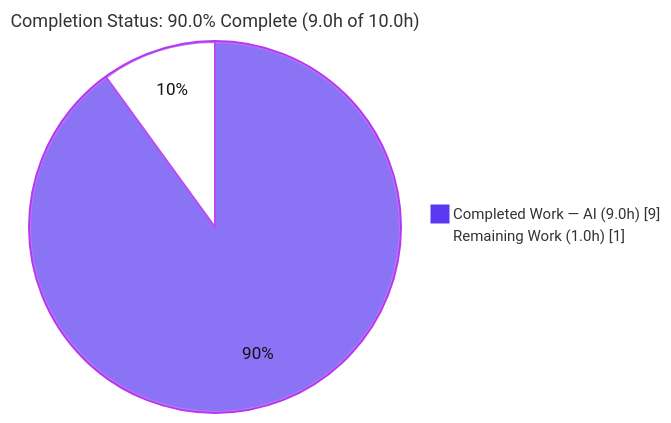
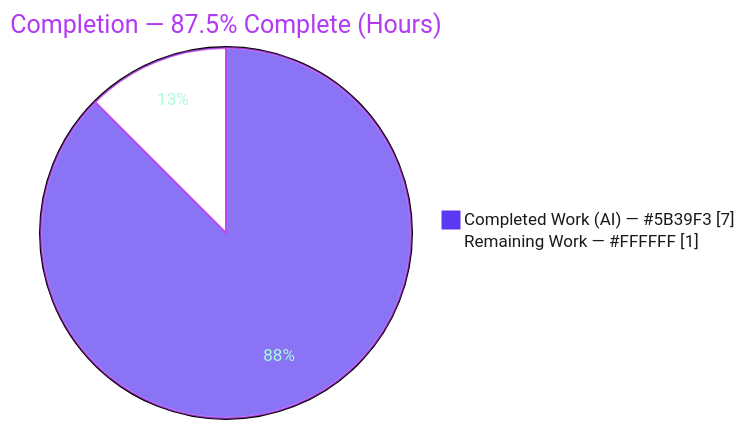
Before and after one commit to shaliniblitzy/13_feb_2_3: the first of 4 diagrams in blitzy/documentation/Project Guide.md, drawn with Mermaid. The commit also changed other lines of this file, not shown here.

Commit message:
Adding Blitzy Project Guide: Project Status and Human Tasks Remaining

````diff
--- a/blitzy/documentation/Project Guide.md
+++ b/blitzy/documentation/Project Guide.md
@@ -15,6 +17,6 @@
 ```mermaid
-%%{init: {'theme':'base', 'themeVariables': {'pie1':'#5B39F3','pie2':'#FFFFFF','pieStrokeColor':'#B23AF2','pieStrokeWidth':'2px','pieOuterStrokeWidth':'2px','pieOuterStrokeColor':'#B23AF2','pieSectionTextColor':'#111111','pieTitleTextSize':'18px','pieLegendTextSize':'15px'}}}%%
-pie showData title Completion Status: 90.0% Complete (9.0h of 10.0h)
-    "Completed Work — AI (9.0h)" : 9
-    "Remaining Work (1.0h)" : 1
+%%{init: {"theme":"base","themeVariables":{"pie1":"#5B39F3","pie2":"#FFFFFF","pieStrokeColor":"#B23AF2","pieStrokeWidth":"2px","pieOuterStrokeWidth":"2px","pieSectionTextColor":"#A8FDD9","pieLegendTextColor":"#1A1A1A","pieTitleTextColor":"#B23AF2"}}}%%
+pie showData title Completion — 87.5% Complete (Hours)
+    "Completed Work (AI) — #5B39F3" : 7
+    "Remaining Work — #FFFFFF" : 1
 ```
````
